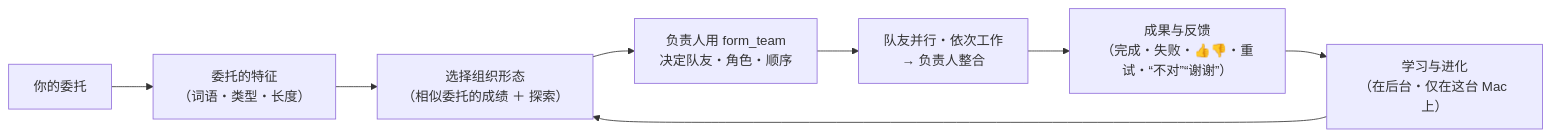
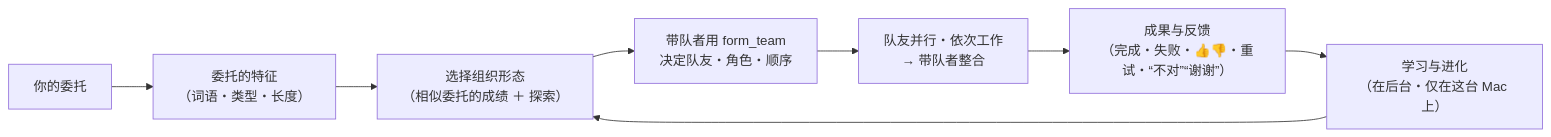
The diagram in README.zh-CN.md (Rhizobium-gits/jellyfish-ai), drawn with Mermaid before and after one commit. The commit also changed other lines of this file and 16 other files, not shown here.

````diff
--- a/README.zh-CN.md
+++ b/README.zh-CN.md
@@ -224,10 +253,10 @@
 ```mermaid
 flowchart LR
   A["你的委托"] --> B["委托的特征<br>（词语・类型・长度）"]
   B --> C["选择组织形态<br>（相似委托的成绩 ＋ 探索）"]
-  C --> D["负责人用 form_team<br>决定队友・角色・顺序"]
-  D --> E["队友并行・依次工作<br>→ 负责人整合"]
+  C --> D["带队者用 form_team<br>决定队友・角色・顺序"]
+  D --> E["队友并行・依次工作<br>→ 带队者整合"]
   E --> F["成果与反馈<br>（完成・失败・👍👎・重试・“不对”“谢谢”）"]
   F --> G["学习与进化<br>（在后台・仅在这台 Mac 上）"]
   G --> C
 ```
````
